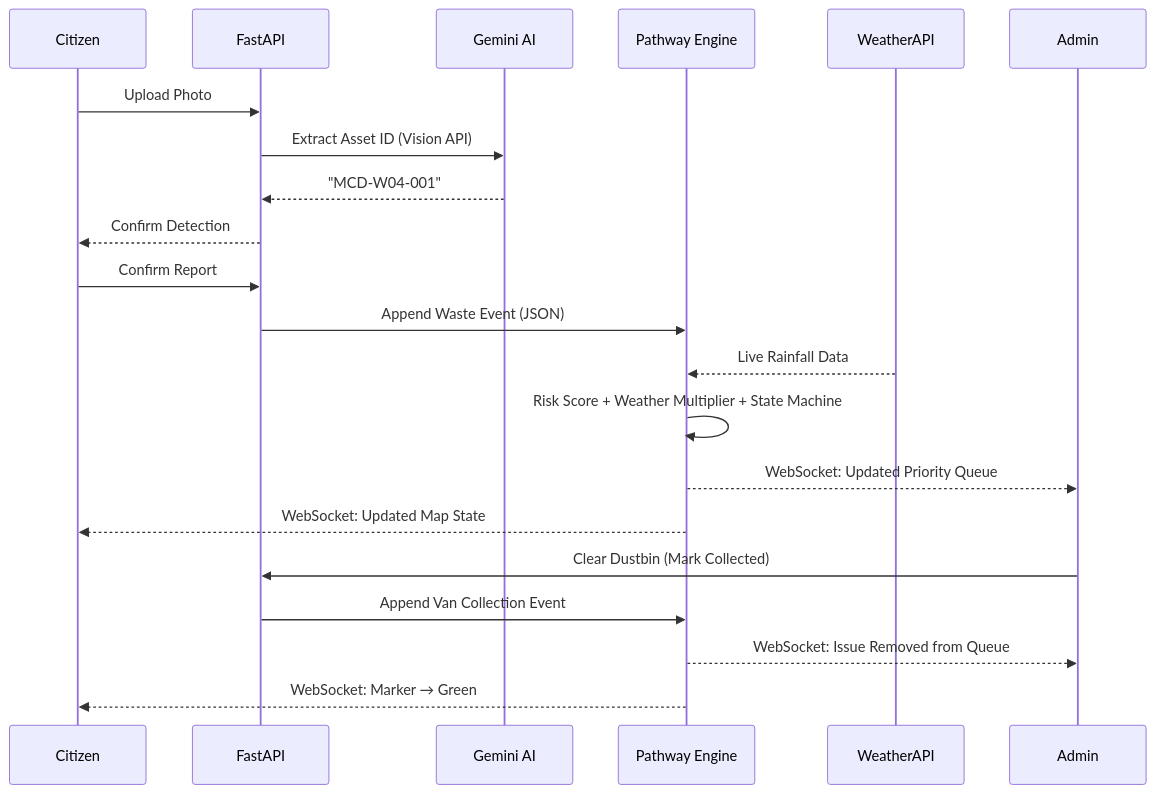
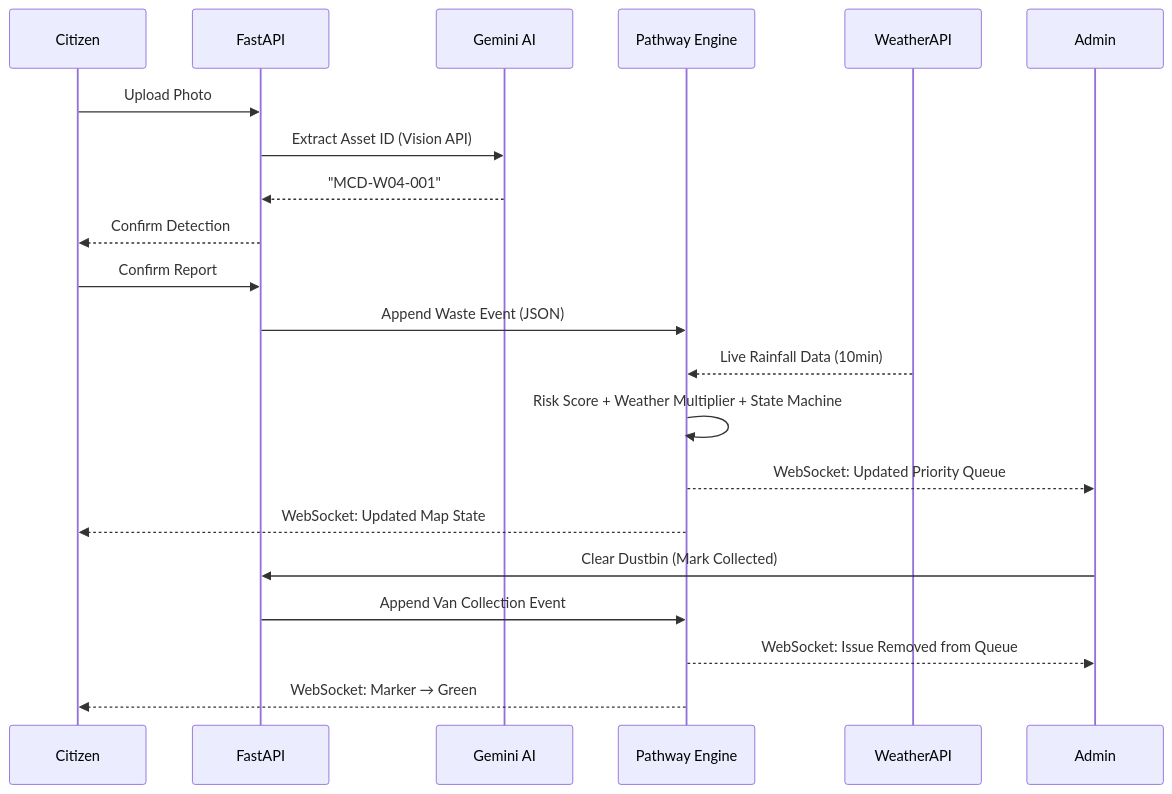
Before and after one commit to gintama1018/HACK-FOR-GREEN-BHARAT-HACKATHON: the second of 3 diagrams in README.md, drawn with Mermaid. The commit also changed other lines of this file and 2 other files, not shown here.

````diff
--- a/README.md
+++ b/README.md
@@ -188,24 +289,24 @@
 ```mermaid
 sequenceDiagram
     participant C as Citizen
     participant F as FastAPI
     participant G as Gemini AI
     participant P as Pathway Engine
     participant W as WeatherAPI
     participant A as Admin
 
     C->>F: Upload Photo
     F->>G: Extract Asset ID (Vision API)
     G-->>F: "MCD-W04-001"
     F-->>C: Confirm Detection
     C->>F: Confirm Report
     F->>P: Append Waste Event (JSON)
-    W-->>P: Live Rainfall Data
+    W-->>P: Live Rainfall Data (10min)
     P->>P: Risk Score + Weather Multiplier + State Machine
     P-->>A: WebSocket: Updated Priority Queue
     P-->>C: WebSocket: Updated Map State
     A->>F: Clear Dustbin (Mark Collected)
     F->>P: Append Van Collection Event
     P-->>A: WebSocket: Issue Removed from Queue
     P-->>C: WebSocket: Marker → Green
 ```
````
